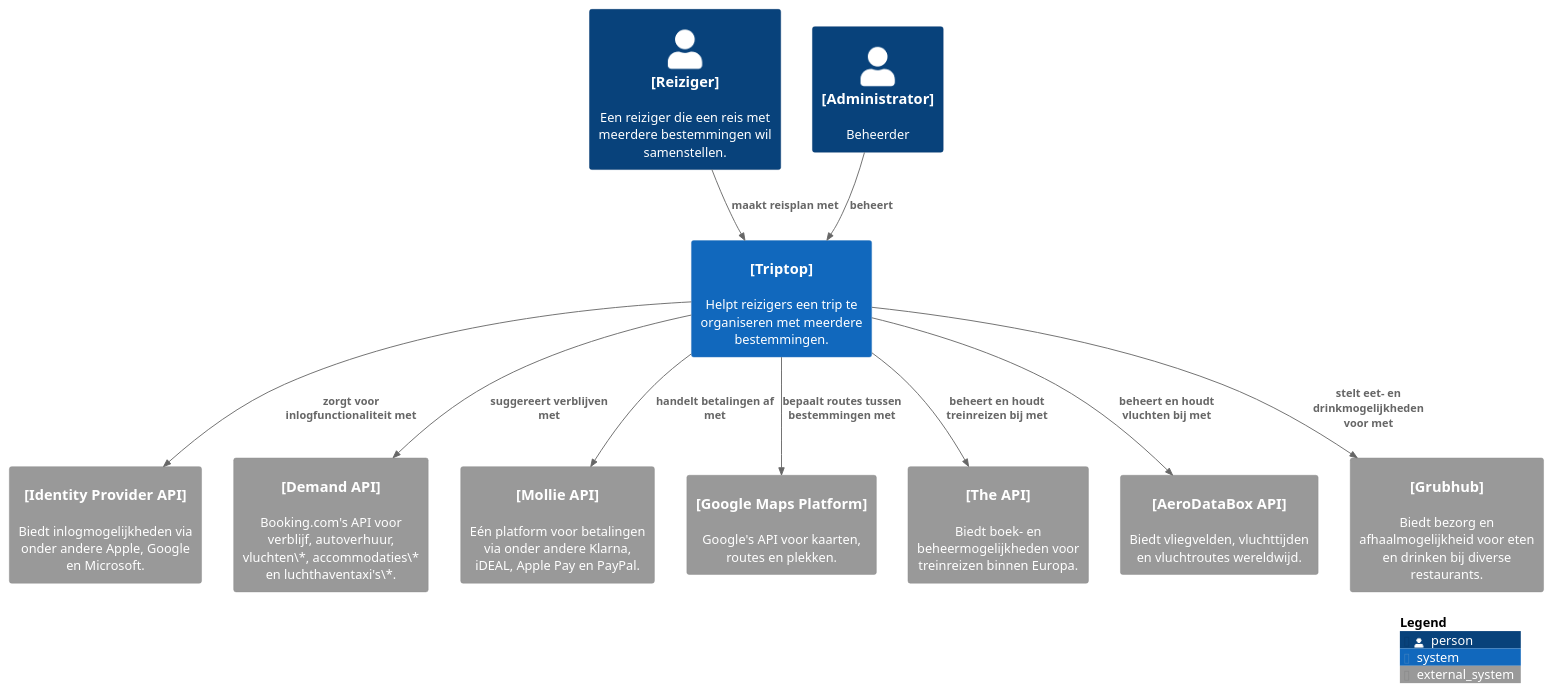
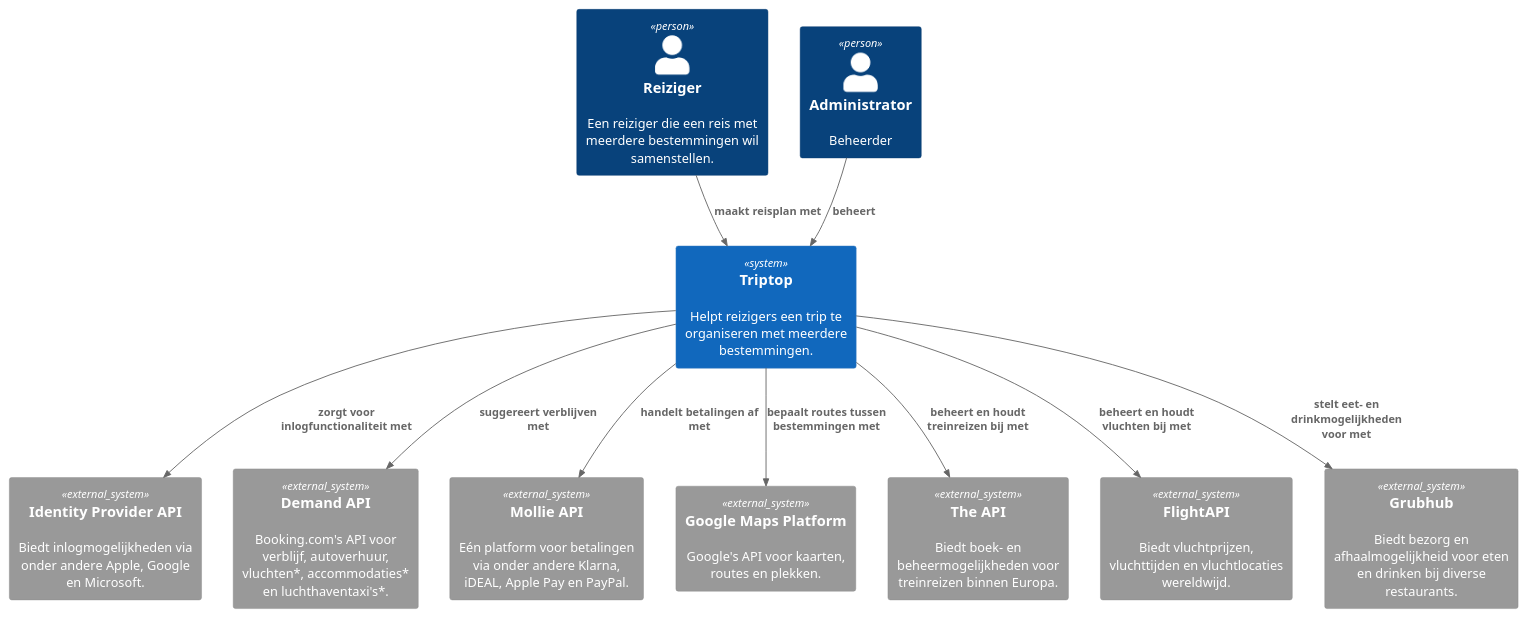
Before and after one commit to AIM-ENE-feb25/triptop-groep-b2: the diagram in context-diagram.puml, drawn with PlantUML. The commit also changed 17 other files, not shown here.

```diff
--- a/context-diagram.puml
+++ b/context-diagram.puml
@@ -1,38 +1,29 @@
 @startuml C4_Elements
 !include https://raw.githubusercontent.com/plantuml-stdlib/C4-PlantUML/master/C4_Container.puml
 !include <C4/C4_Container>
 top to bottom direction
 
-skinparam {
-    rectangle {
-        StereotypeFontSize 0
-        StereotypeFontColor white
-    }
-}
+Person(traveller, "Reiziger", "Een reiziger die een reis met meerdere bestemmingen wil samenstellen.")
+Person(admin, "Administrator", "Beheerder")
 
-Person(traveller, "[Reiziger]", "Een reiziger die een reis met meerdere bestemmingen wil samenstellen.")
-Person(admin, "[Administrator]", "Beheerder")
+System(triptop, "Triptop", "Helpt reizigers een trip te organiseren met meerdere bestemmingen.")
 
-System(triptop, "[Triptop]", "Helpt reizigers een trip te organiseren met meerdere bestemmingen.")
-
-System_Ext(identity_provider_api, "[Identity Provider API]", "Biedt inlogmogelijkheden via onder andere Apple, Google en Microsoft.", $link="https://developer.okta.com/docs/api/openapi/okta-management/management/tag/IdentityProvider/")
-System_Ext(demand_api, "[Demand API]", "Booking.com's API voor verblijf, autoverhuur, vluchten\*, accommodaties\* en luchthaventaxi's\*.", $link="https://developers.booking.com/demand/docs/open-api/demand-api")
-System_Ext(mollie_api, "[Mollie API]", "Eén platform voor betalingen via onder andere Klarna, iDEAL, Apple Pay en PayPal.", $link="https://www.mollie.com/nl/")
-System_Ext(google_maps_api, "[Google Maps Platform]", "Google's API voor kaarten, routes en plekken.", $link="https://developers.google.com/maps")
-System_Ext(all_aboard_api, "[The API]", "Biedt boek- en beheermogelijkheden voor treinreizen binnen Europa.", $link="https://allaboard.eu/api-solution")
-System_Ext(aeroDataBox_api, "[AeroDataBox API]", "Biedt vliegvelden, vluchttijden en vluchtroutes wereldwijd.", $link="https://rapidapi.com/aedbx-aedbx/api/aerodatabox")
-System_Ext(grubhub_api, "[Grubhub]", "Biedt bezorg en afhaalmogelijkheid voor eten en drinken bij diverse restaurants.", $link="https://www.grubhub.com/")
+System_Ext(identity_provider_api, "Identity Provider API", "Biedt inlogmogelijkheden via onder andere Apple, Google en Microsoft.", $link="https://developer.okta.com/docs/api/openapi/okta-management/management/tag/IdentityProvider/")
+System_Ext(demand_api, "Demand API", "Booking.com's API voor verblijf, autoverhuur, vluchten*, accommodaties* en luchthaventaxi's*.", $link="https://developers.booking.com/demand/docs/open-api/demand-api")
+System_Ext(mollie_api, "Mollie API", "Eén platform voor betalingen via onder andere Klarna, iDEAL, Apple Pay en PayPal.", $link="https://www.mollie.com/nl/")
+System_Ext(google_maps_api, "Google Maps Platform", "Google's API voor kaarten, routes en plekken.", $link="https://developers.google.com/maps")
+System_Ext(all_aboard_api, "The API", "Biedt boek- en beheermogelijkheden voor treinreizen binnen Europa.", $link="https://allaboard.eu/api-solution")
+System_Ext(flight_api, "FlightAPI", "Biedt vluchtprijzen, vluchttijden en vluchtlocaties wereldwijd.", $link="https://www.flightapi.io/")
+System_Ext(grubhub_api, "Grubhub", "Biedt bezorg en afhaalmogelijkheid voor eten en drinken bij diverse restaurants.", $link="https://www.grubhub.com/")
 
 Rel(traveller, triptop, "maakt reisplan met")
 Rel(admin, triptop, "beheert")
 
 Rel(triptop, identity_provider_api, "zorgt voor inlogfunctionaliteit met")
 Rel(triptop, demand_api, "suggereert verblijven met")
 Rel(triptop, mollie_api, "handelt betalingen af met")
 Rel(triptop, google_maps_api, "bepaalt routes tussen bestemmingen met")
 Rel(triptop, all_aboard_api, "beheert en houdt treinreizen bij met")
-Rel(triptop, aeroDataBox_api, "beheert en houdt vluchten bij met")
+Rel(triptop, flight_api, "beheert en houdt vluchten bij met")
 Rel(triptop, grubhub_api, "stelt eet- en drinkmogelijkheden voor met")
-
-SHOW_LEGEND(TRUE)
 @enduml
```
